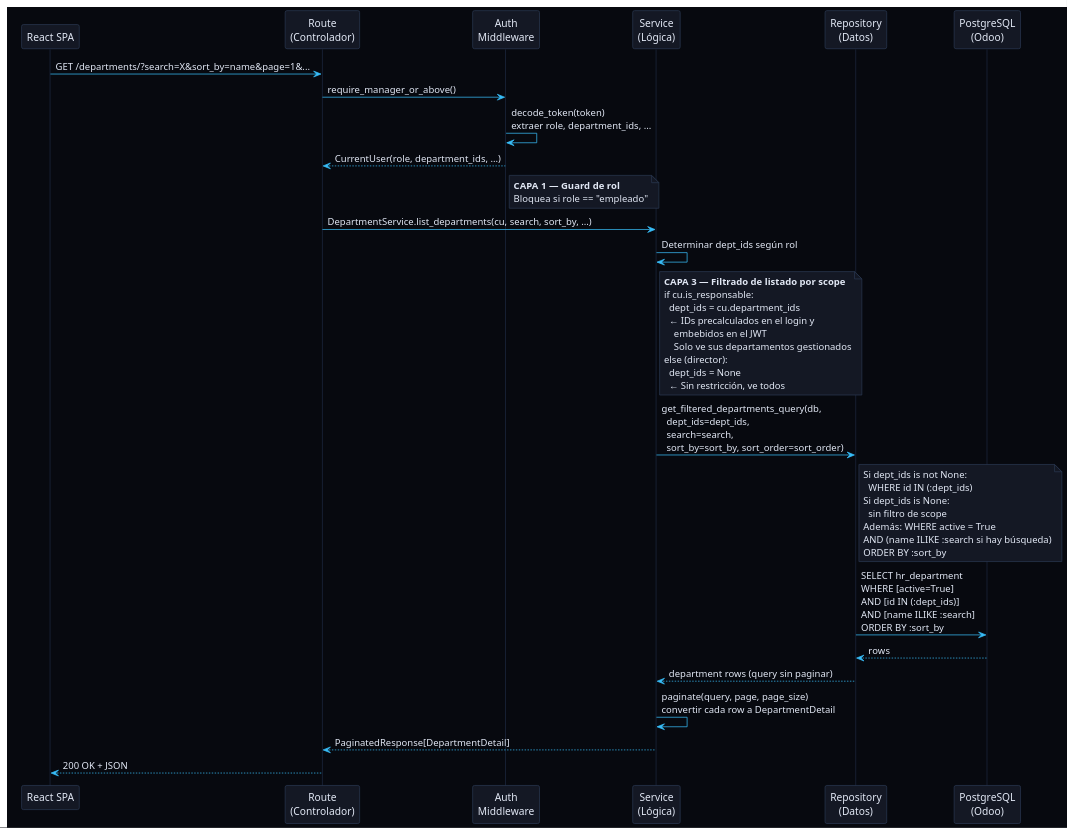
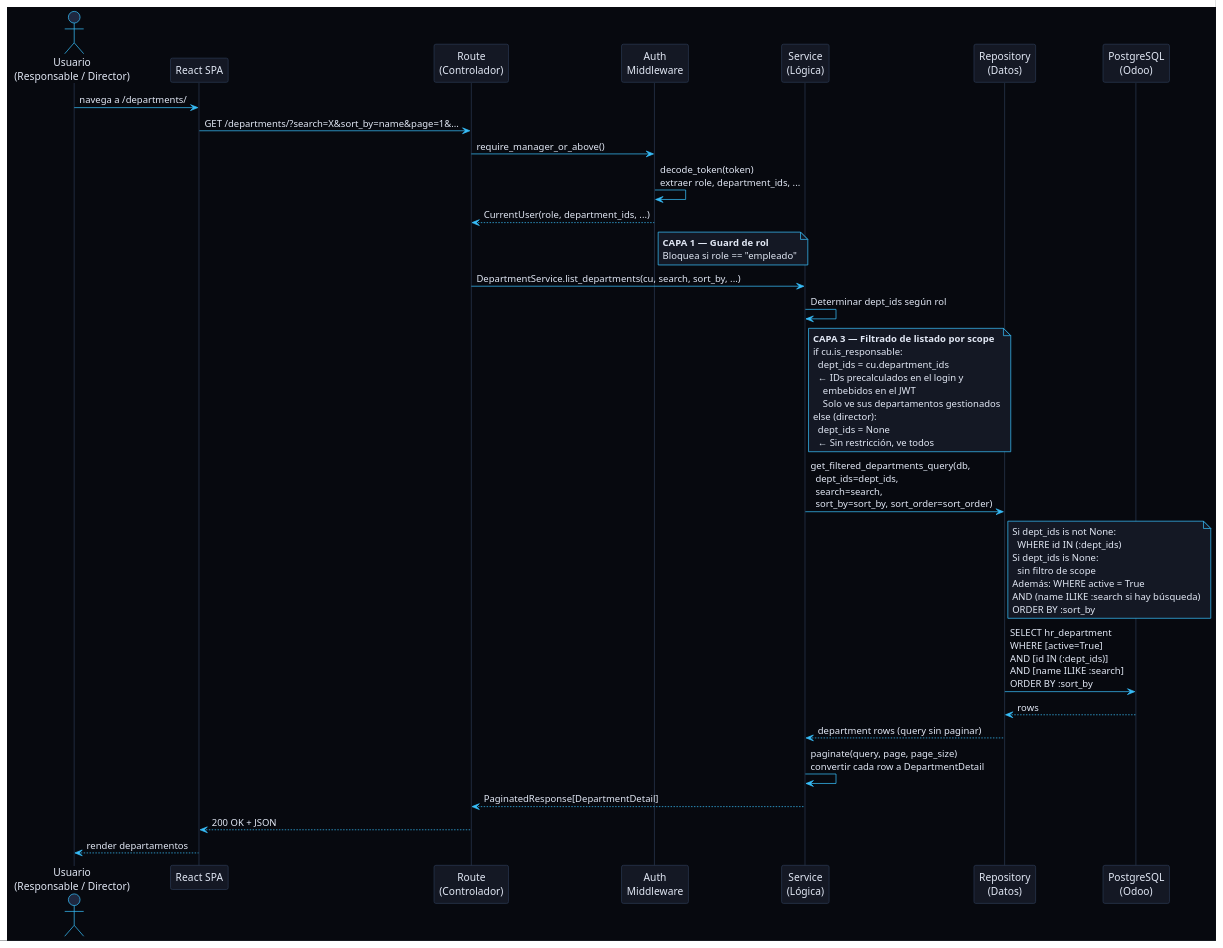
One commit to Jorgeog25/GII-TFG-2026 changed the diagram in Estudiantes/cesar-garcia-eguiguren/Capítulo-3/diagramas/CdU/CU-04.puml. Above: the diagram before and after it, drawn with PlantUML. The commit also changed 22 other files, not shown here.

Commit message:
acrualización del capítulo 3 (diagramas + documentación)

```diff
--- a/Estudiantes/cesar-garcia-eguiguren/Capítulo-3/diagramas/CdU/CU-04.puml
+++ b/Estudiantes/cesar-garcia-eguiguren/Capítulo-3/diagramas/CdU/CU-04.puml
@@ -1,66 +1,73 @@
 @startuml cu-04
 !theme plain
 skinparam backgroundColor #07090F
-skinparam sequenceArrowColor #38BDF8
+skinparam defaultFontColor #E2E8F5
+skinparam ArrowColor #38BDF8
 skinparam sequenceParticipantBackgroundColor #141824
 skinparam sequenceParticipantBorderColor #2A3850
-skinparam sequenceLifeLineBorderColor #1E2840
-skinparam noteBorderColor #2A3850
+skinparam sequenceParticipantFontColor #E2E8F5
+skinparam sequenceActorBackgroundColor #1E2840
+skinparam sequenceActorBorderColor #38BDF8
+skinparam sequenceLifeLineBorderColor #2A3850
 skinparam noteBackgroundColor #141824
-skinparam noteFontColor #E2E8F5
-skinparam defaultFontColor #E2E8F5
+skinparam noteBorderColor #38BDF8
 skinparam sequenceGroupBackgroundColor #0D1018
 skinparam sequenceGroupBorderColor #2A3850
 skinparam sequenceGroupFontColor #38BDF8
 skinparam sequenceGroupHeaderFontColor #38BDF8
 skinparam sequenceGroupBodyBackgroundColor #0D1018
+actor "Usuario\n(Responsable / Director)" as U
 
 participant "React SPA" as FE
 participant "Route\n(Controlador)" as ROUTE
 participant "Auth\nMiddleware" as AUTH
 participant "Service\n(Lógica)" as SVC
 participant "Repository\n(Datos)" as REPO
 participant "PostgreSQL\n(Odoo)" as DB
 
+U -> FE : navega a /departments/
 FE -> ROUTE : GET /departments/?search=X&sort_by=name&page=1&...
+
 ROUTE -> AUTH : require_manager_or_above()
 AUTH -> AUTH : decode_token(token)\nextraer role, department_ids, ...
 AUTH --> ROUTE : CurrentUser(role, department_ids, ...)
 note right of AUTH
   **CAPA 1 — Guard de rol**
   Bloquea si role == "empleado"
 end note
 
 ROUTE -> SVC : DepartmentService.list_departments(cu, search, sort_by, ...)
 
 SVC -> SVC : Determinar dept_ids según rol
 note right of SVC
   **CAPA 3 — Filtrado de listado por scope**
   if cu.is_responsable:
     dept_ids = cu.department_ids
     ← IDs precalculados en el login y
       embebidos en el JWT
       Solo ve sus departamentos gestionados
   else (director):
     dept_ids = None
     ← Sin restricción, ve todos
 end note
 
 SVC -> REPO : get_filtered_departments_query(db,\n  dept_ids=dept_ids,\n  search=search,\n  sort_by=sort_by, sort_order=sort_order)
 note right of REPO
   Si dept_ids is not None:
     WHERE id IN (:dept_ids)
   Si dept_ids is None:
     sin filtro de scope
   Además: WHERE active = True
   AND (name ILIKE :search si hay búsqueda)
   ORDER BY :sort_by
 end note
+
 REPO -> DB : SELECT hr_department\nWHERE [active=True]\nAND [id IN (:dept_ids)]\nAND [name ILIKE :search]\nORDER BY :sort_by
 DB --> REPO : rows
 REPO --> SVC : department rows (query sin paginar)
 
 SVC -> SVC : paginate(query, page, page_size)\nconvertir cada row a DepartmentDetail
 SVC --> ROUTE : PaginatedResponse[DepartmentDetail]
 ROUTE --> FE : 200 OK + JSON
+FE --> U : render departamentos
 @enduml
```
